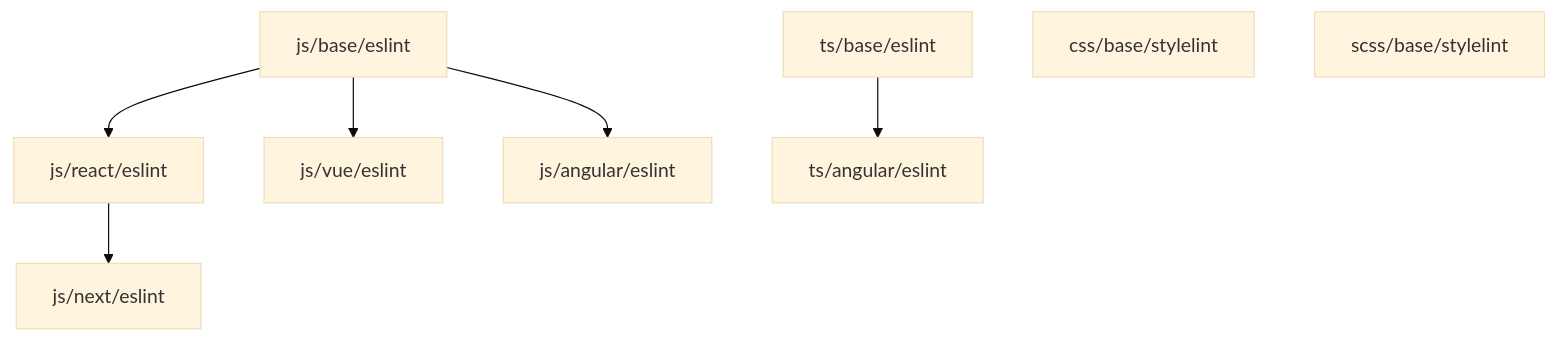
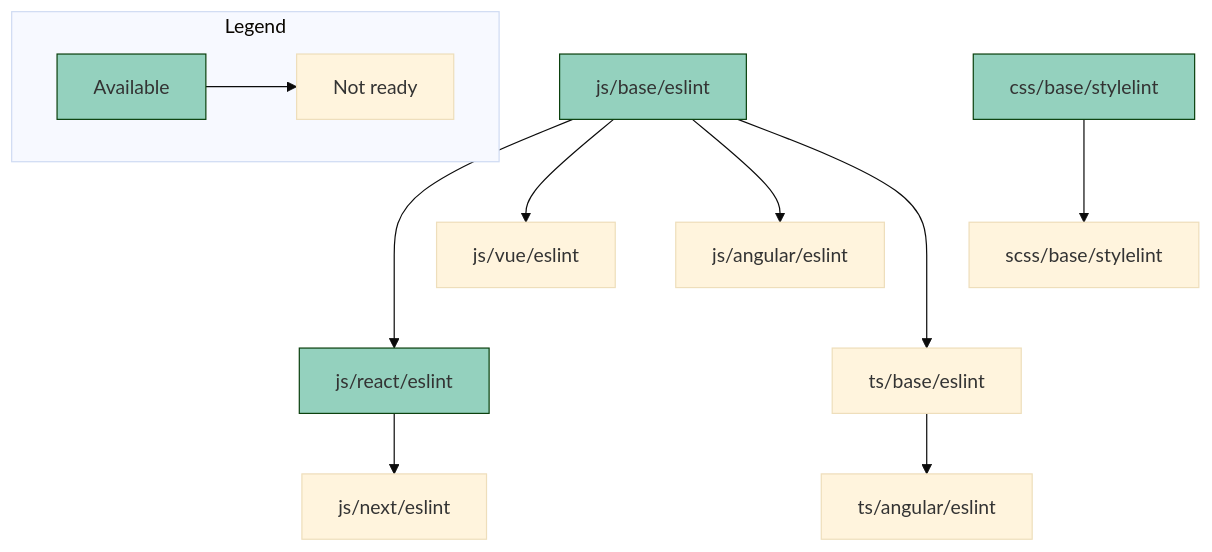
Before and after one commit to MAARK/code-config: the diagram in README.md, drawn with Mermaid. The commit also changed other lines of this file and 11 other files, not shown here.

Commit message:
Update structure and add scss base

````diff
--- a/README.md
+++ b/README.md
@@ -63,11 +13,17 @@
 ```mermaid
 %%{init: {'theme':'base'}}%%
 graph TD
-    A[js/base/eslint] --> B[js/react/eslint]
+    subgraph Legend
+        L1[Available]:::available --> L2[Not ready]
+    end
+
+    A[js/base/eslint]:::available ---> B[js/react/eslint]:::available
     A --> js/vue/eslint
     A --> js/angular/eslint
     B --> js/next/eslint
-    ts/base/eslint --> ts/angular/eslint
-    css/base/stylelint
-    scss/base/stylelint
+    C[css/base/stylelint]:::available --> scss/base/stylelint
+    A ---> D[ts/base/eslint]
+    D --> ts/angular/eslint
+
+    classDef available stroke:#0B410E,fill:#94D1BE
 ```
````
